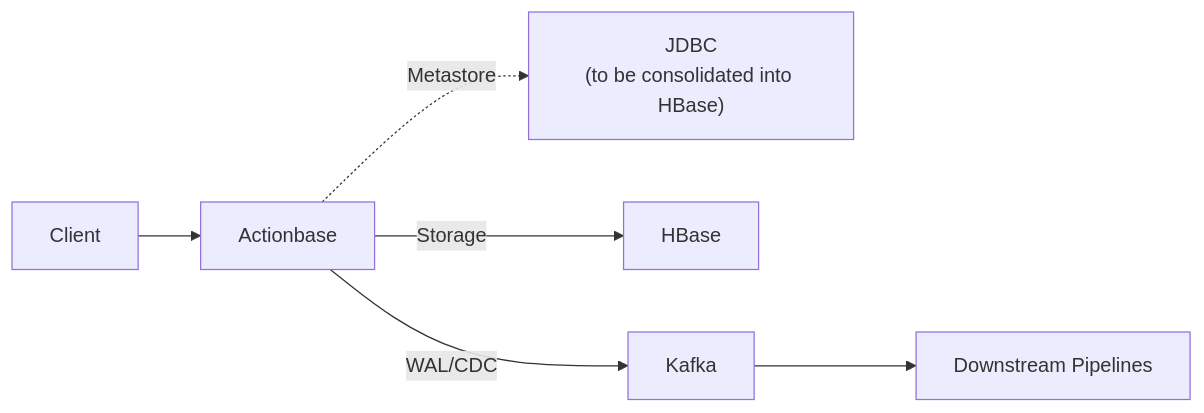
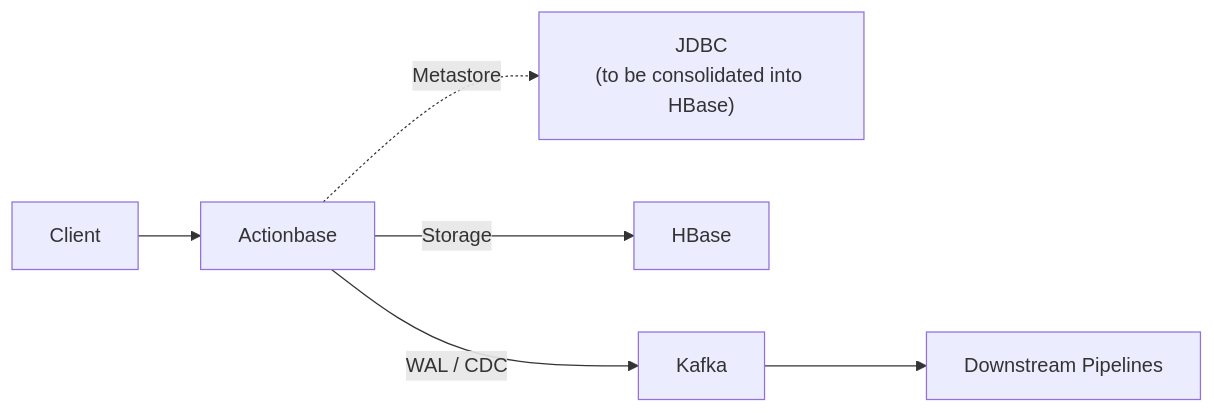
One commit to kakao/actionbase changed the diagram in README.md. Above: the diagram before and after it, drawn with Mermaid. The commit also changed other lines of this file, not shown here.

````diff
--- a/README.md
+++ b/README.md
@@ -65,9 +48,9 @@
 ```mermaid
 flowchart LR
     Client --> Actionbase
     Actionbase -.->|Metastore| JDBC["JDBC
 (to be consolidated into HBase)"]
     Actionbase -->|Storage| HBase
-    Actionbase -->|WAL/CDC| Kafka
+    Actionbase -->|WAL / CDC| Kafka
     Kafka --> Downstream["Downstream Pipelines"]
 ```
````
